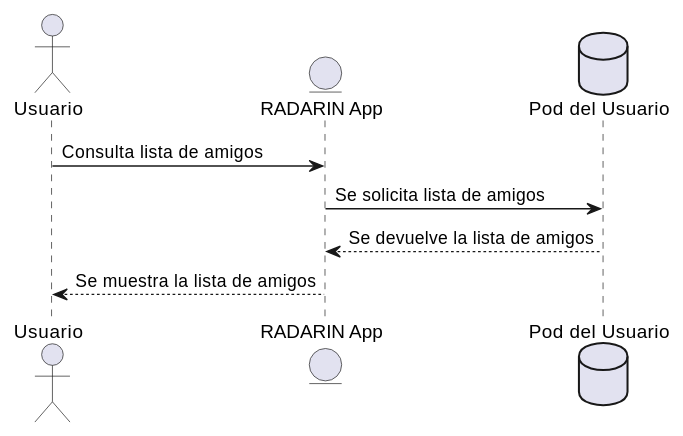
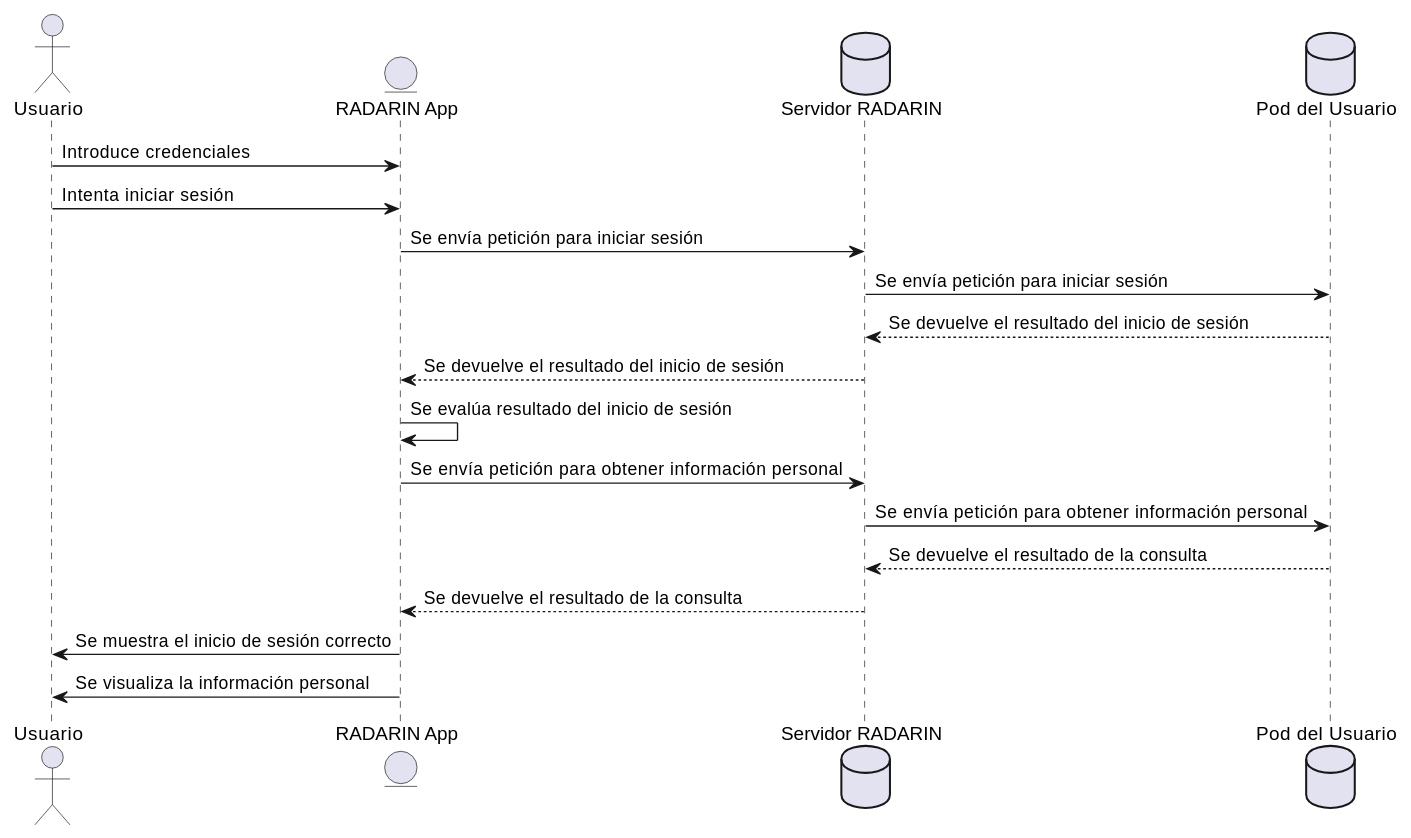
Before and after one commit to Arquisoft/radarin_es6a: the first of 2 diagrams in webapp/docs/06_runtime_view.adoc, drawn with PlantUML. The commit also changed other lines of this file and 1 other file, not shown here.

```diff
--- a/webapp/docs/06_runtime_view.adoc
+++ b/webapp/docs/06_runtime_view.adoc
@@ -13,10 +17,20 @@
 [plantuml,"Sequence diagram",png]
 ----
 actor Usuario as "Usuario"
 entity App as "RADARIN App"
+database Server as "Servidor RADARIN"
 database Pod as "Pod del Usuario"
-Usuario -> App: Consulta lista de amigos
-App -> Pod: Se solicita lista de amigos
-Pod --> App: Se devuelve la lista de amigos
-App --> Usuario: Se muestra la lista de amigos
+Usuario -> App: Introduce credenciales
+Usuario -> App: Intenta iniciar sesión
+App -> Server: Se envía petición para iniciar sesión
+Server -> Pod: Se envía petición para iniciar sesión
+Pod --> Server: Se devuelve el resultado del inicio de sesión
+Server --> App: Se devuelve el resultado del inicio de sesión
+App -> App: Se evalúa resultado del inicio de sesión
+App -> Server: Se envía petición para obtener información personal
+Server -> Pod: Se envía petición para obtener información personal
+Pod --> Server: Se devuelve el resultado de la consulta
+Server --> App: Se devuelve el resultado de la consulta
+App -> Usuario: Se muestra el inicio de sesión correcto
+App -> Usuario: Se visualiza la información personal
 ----
```
